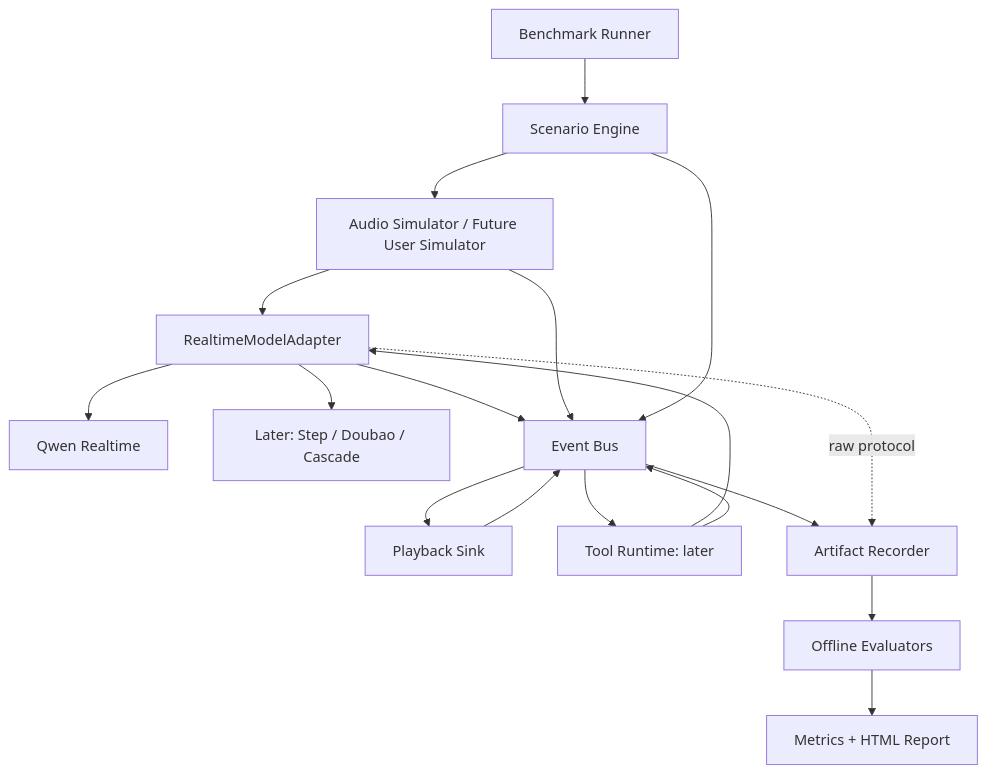
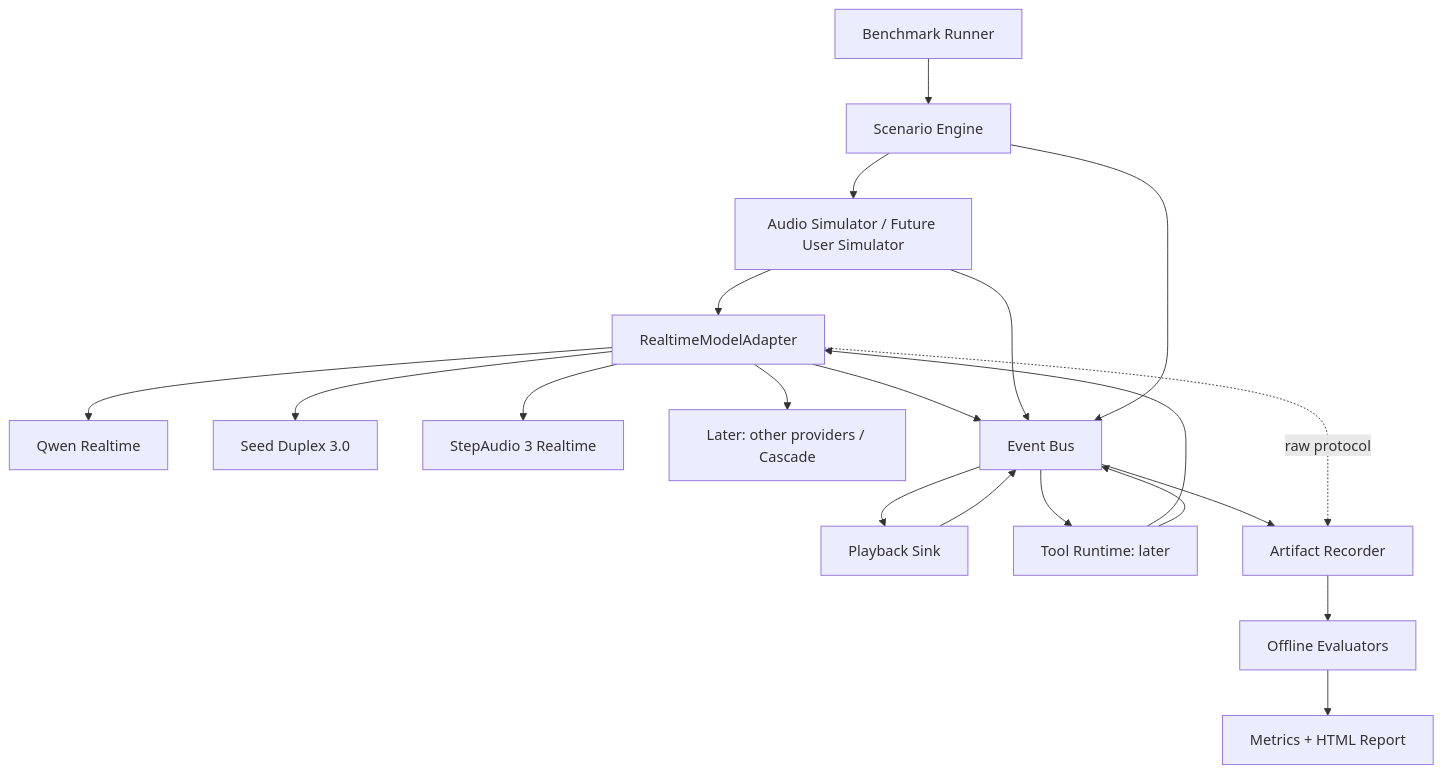
The diagram in docs/architecture.md (skywuxuan/realtime-voice-agent-benchmark), drawn with Mermaid before and after one commit. The commit also changed other lines of this file and 8 other files, not shown here.

````diff
--- a/docs/architecture.md
+++ b/docs/architecture.md
@@ -115,20 +115,22 @@
 ```mermaid
 flowchart TD
     R[Benchmark Runner] --> S[Scenario Engine]
     S --> U[Audio Simulator / Future User Simulator]
     U --> A[RealtimeModelAdapter]
     A --> Q[Qwen Realtime]
-    A --> L[Later: Step / Doubao / Cascade]
+    A --> D[Seed Duplex 3.0]
+    A --> ST[StepAudio 3 Realtime]
+    A --> L[Later: other providers / Cascade]
     A --> B[Event Bus]
     U --> B
     S --> B
     B --> P[Playback Sink]
     P --> B
     B --> T[Tool Runtime: later]
     T --> A
     T --> B
     B --> C[Artifact Recorder]
     A -. raw protocol .-> C
     C --> E[Offline Evaluators]
     E --> H[Metrics + HTML Report]
 ```
````
